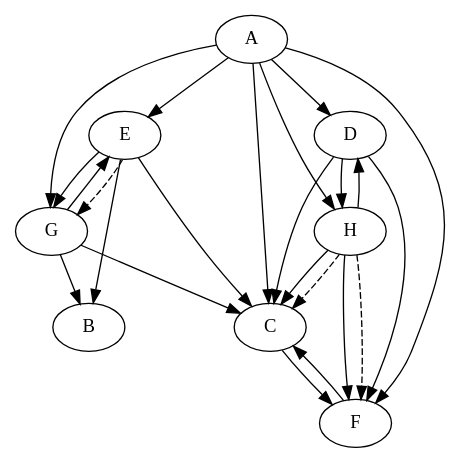
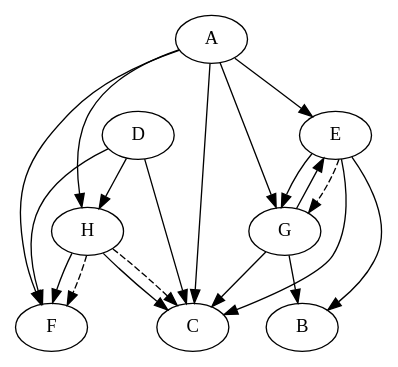
The diagram in SourcesMatlab/graph.dot (modSquad/AaD), drawn with Graphviz before and after one commit. The commit also changed 3 other files, not shown here.

```diff
--- a/SourcesMatlab/graph.dot
+++ b/SourcesMatlab/graph.dot
@@ -1,36 +1,32 @@
 digraph G {
 A;
 B;
 C;
 D;
 E;
 F;
 G;
 H;
 
 E -> B;
 G -> B;
 A -> C;
 D -> C;
 E -> C;
-F -> C;
 G -> C;
 H -> C;
-A -> D;
-H -> D;
 A -> E;
 G -> E;
 A -> F;
-C -> F;
 D -> F;
 H -> F;
 A -> G;
 E -> G;
 A -> H;
 D -> H;
 
 H -> C[style = "dashed"];
 H -> F[style = "dashed"];
 E -> G[style = "dashed"];
 
 }
```
